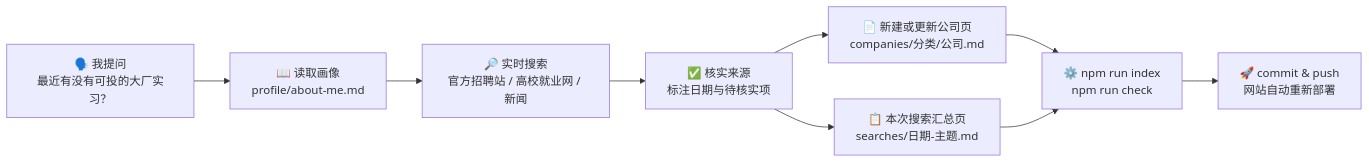
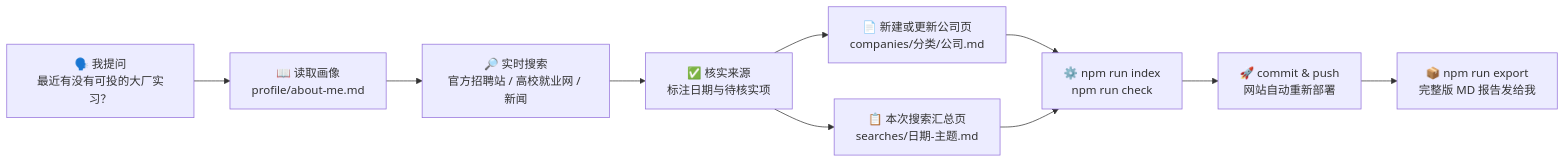
One commit to 1739467001-svg/Internship-Application changed the second of 2 diagrams in guides/how-it-works.md. Above: the diagram before and after it, drawn with Mermaid. The commit also changed other lines of this file and 9 other files, not shown here.

````diff
--- a/guides/how-it-works.md
+++ b/guides/how-it-works.md
@@ -44,11 +44,12 @@
 ```mermaid
 flowchart LR
     A["🗣️ 我提问<br/>最近有没有可投的大厂实习？"] --> B["📖 读取画像<br/>profile/about-me.md"]
     B --> C["🔎 实时搜索<br/>官方招聘站 / 高校就业网 / 新闻"]
     C --> D["✅ 核实来源<br/>标注日期与待核实项"]
     D --> E["📄 新建或更新公司页<br/>companies/分类/公司.md"]
     D --> F["📋 本次搜索汇总页<br/>searches/日期-主题.md"]
     E --> G["⚙️ npm run index<br/>npm run check"]
     F --> G
     G --> H["🚀 commit & push<br/>网站自动重新部署"]
+    H --> I["📦 npm run export<br/>完整版 MD 报告发给我"]
 ```
````
